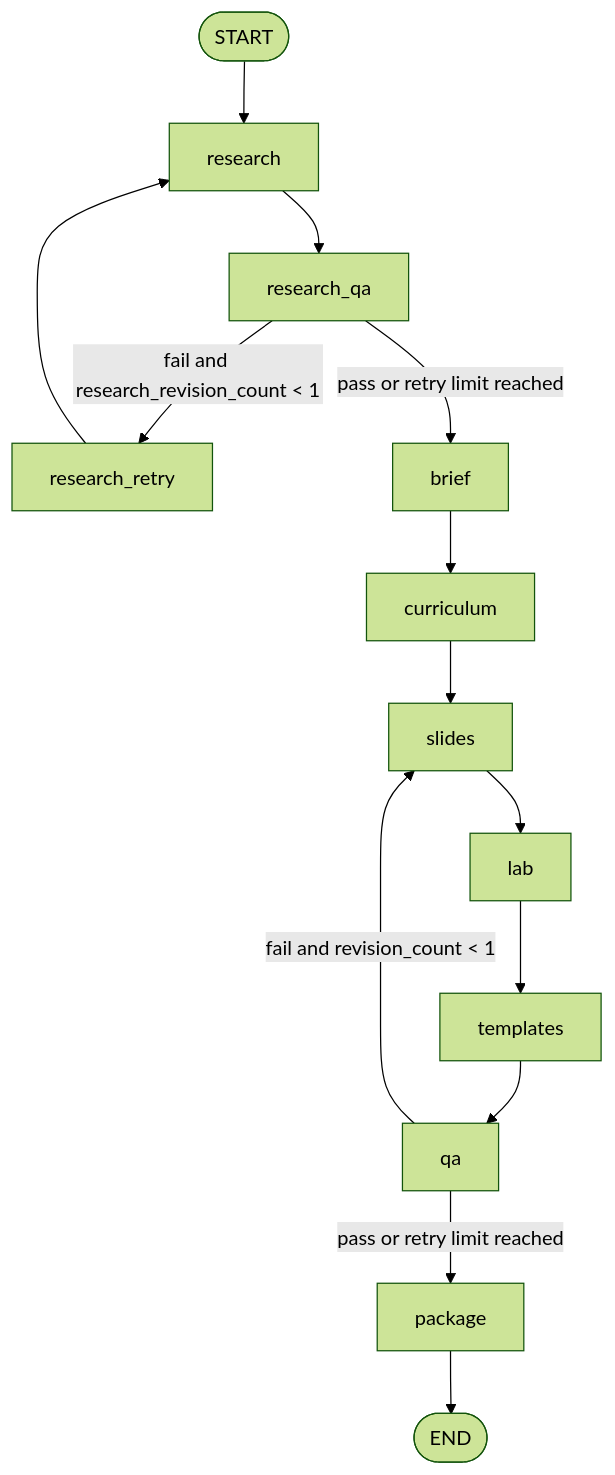
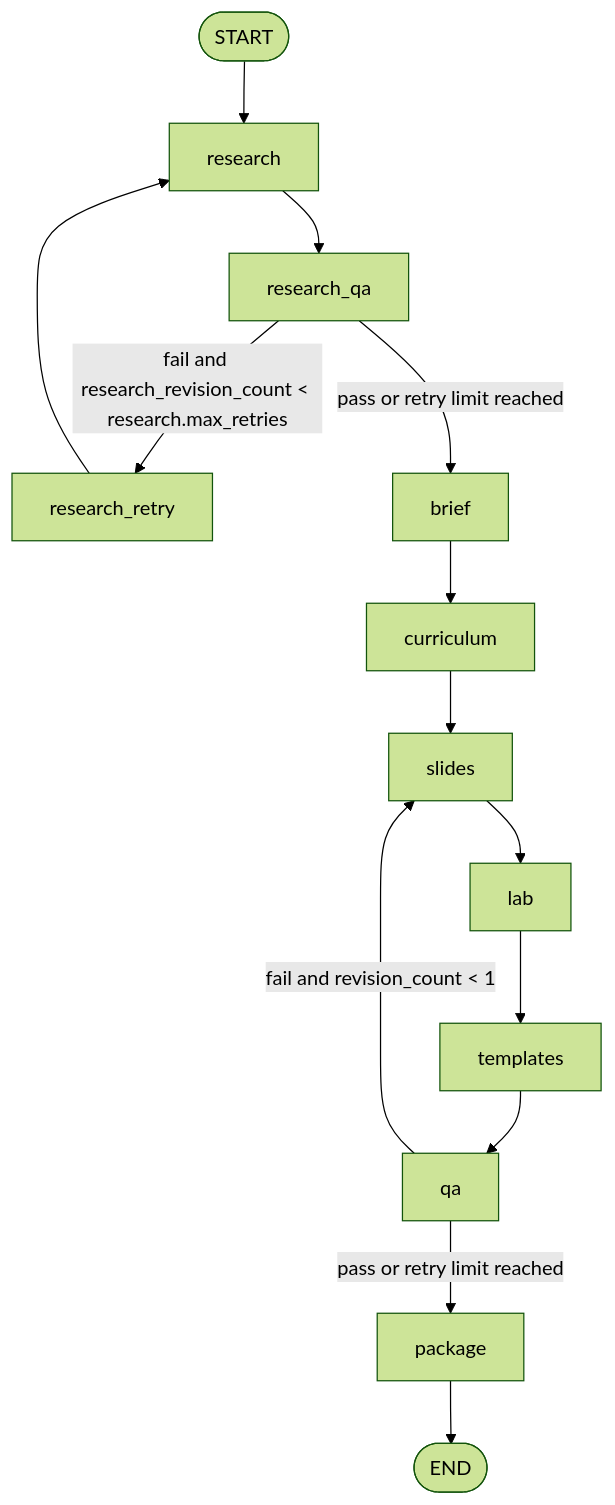
One commit to andersrmr/training-factory changed the diagram in README.md. Above: the diagram before and after it, drawn with Mermaid (forest theme). The commit also changed other lines of this file and 6 other files, not shown here.

Commit message:
Add configurable research retry limit

````diff
--- a/README.md
+++ b/README.md
@@ -90,16 +90,16 @@
 ```mermaid
 flowchart TD
     START([START]) --> research[research]
     research --> research_qa[research_qa]
-    research_qa -->|fail and research_revision_count < 1| research_retry[research_retry]
+    research_qa -->|fail and research_revision_count < research.max_retries| research_retry[research_retry]
     research_retry --> research
     research_qa -->|pass or retry limit reached| brief[brief]
     brief --> curriculum[curriculum]
     curriculum --> slides[slides]
     slides --> lab[lab]
     lab --> templates[templates]
     templates --> qa[qa]
     qa -->|fail and revision_count < 1| slides
     qa -->|pass or retry limit reached| package[package]
     package --> END([END])
 ```
````
